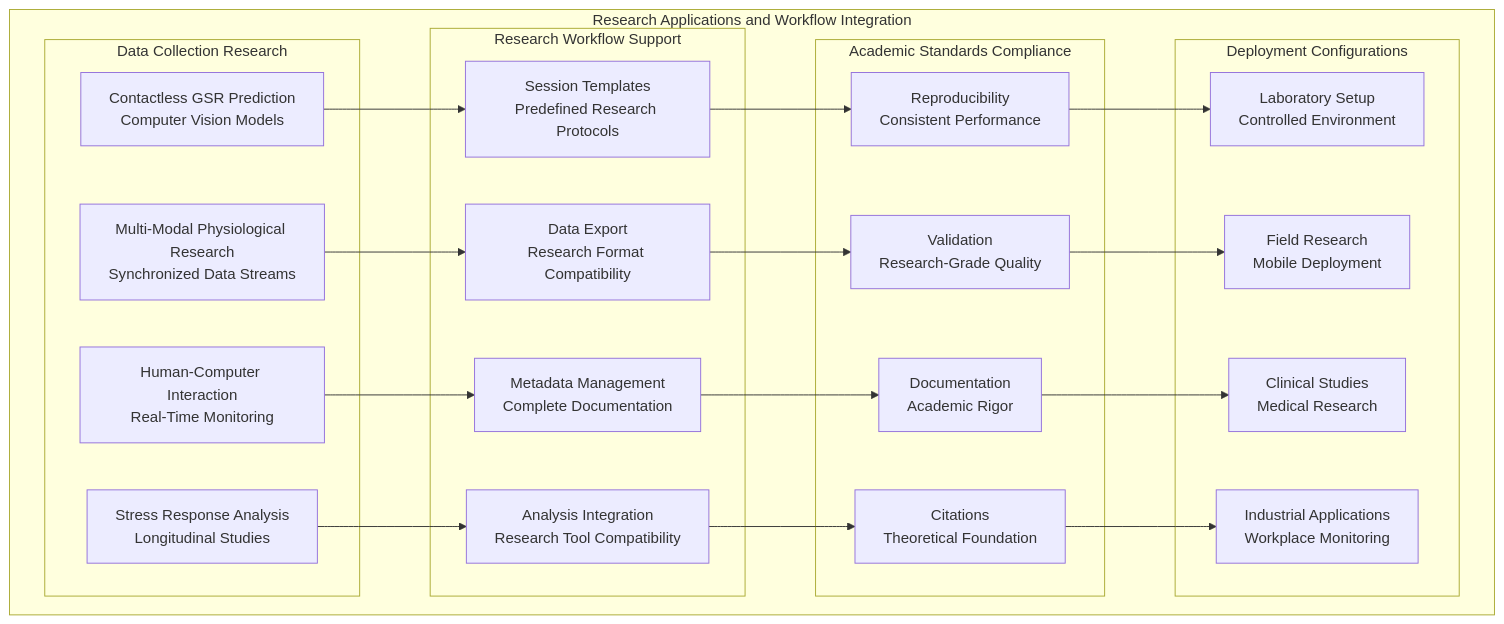
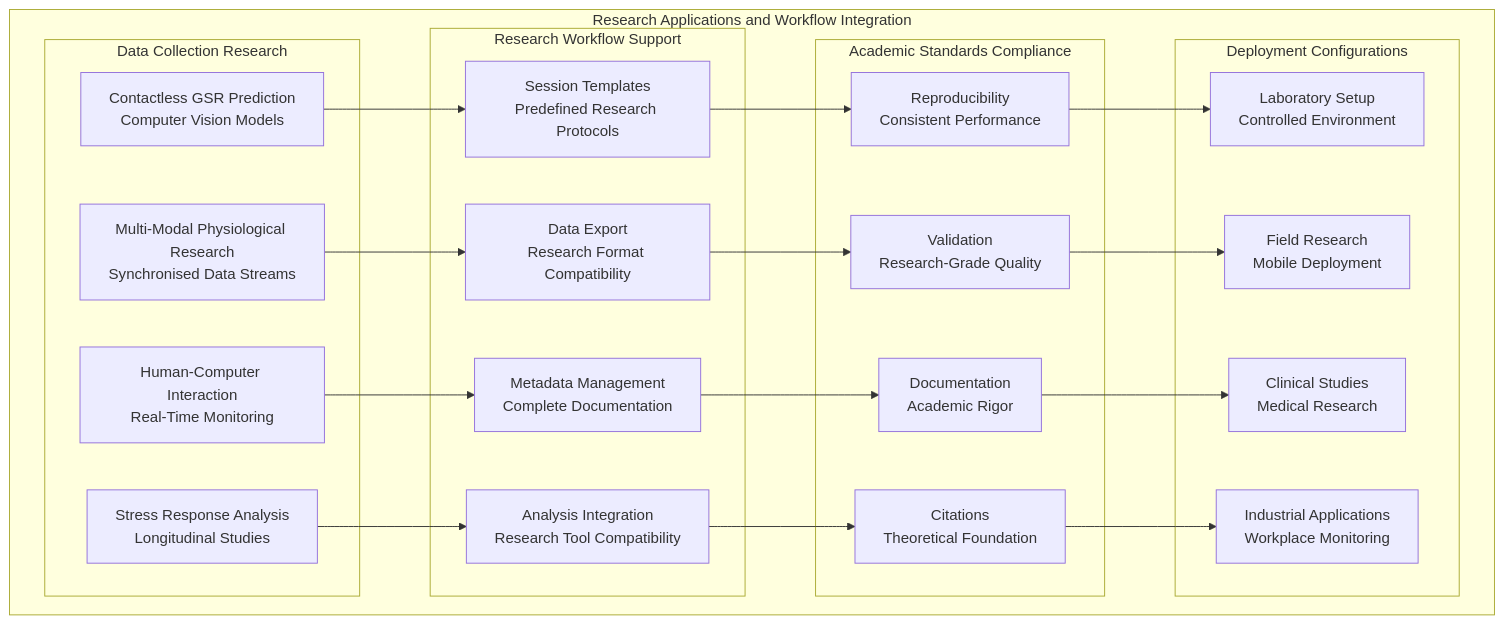
Before and after one commit to buccancs/fyp-multi-sensor-recording-system: the seventh of 8 diagrams in architecture.md, drawn with Mermaid. The commit also changed other lines of this file and 46 other files, not shown here.

````diff
--- a/architecture.md
+++ b/architecture.md
@@ -555,47 +555,47 @@
 ```mermaid
 graph TB
     subgraph "Research Applications and Workflow Integration"
         subgraph "Data Collection Research"
             CONTACTLESS[Contactless GSR Prediction<br/>Computer Vision Models]
-            MULTIMODAL[Multi-Modal Physiological Research<br/>Synchronized Data Streams]
+            MULTIMODAL[Multi-Modal Physiological Research<br/>Synchronised Data Streams]
             HCI[Human-Computer Interaction<br/>Real-Time Monitoring]
             STRESS[Stress Response Analysis<br/>Longitudinal Studies]
         end
         
         subgraph "Research Workflow Support"
             TEMPLATES[Session Templates<br/>Predefined Research Protocols]
             EXPORT[Data Export<br/>Research Format Compatibility]
             METADATA[Metadata Management<br/>Complete Documentation]
             ANALYSIS[Analysis Integration<br/>Research Tool Compatibility]
         end
         
         subgraph "Academic Standards Compliance"
             REPRODUCIBLE[Reproducibility<br/>Consistent Performance]
             VALIDATED[Validation<br/>Research-Grade Quality]
             DOCUMENTED[Documentation<br/>Academic Rigor]
             CITED[Citations<br/>Theoretical Foundation]
         end
         
         subgraph "Deployment Configurations"
             LAB[Laboratory Setup<br/>Controlled Environment]
             FIELD[Field Research<br/>Mobile Deployment]
             CLINICAL[Clinical Studies<br/>Medical Research]
             INDUSTRIAL[Industrial Applications<br/>Workplace Monitoring]
         end
     end
     
     CONTACTLESS --> TEMPLATES
     MULTIMODAL --> EXPORT
     HCI --> METADATA
     STRESS --> ANALYSIS
     
     TEMPLATES --> REPRODUCIBLE
     EXPORT --> VALIDATED
     METADATA --> DOCUMENTED
     ANALYSIS --> CITED
     
     REPRODUCIBLE --> LAB
     VALIDATED --> FIELD
     DOCUMENTED --> CLINICAL
     CITED --> INDUSTRIAL
 ```
````
